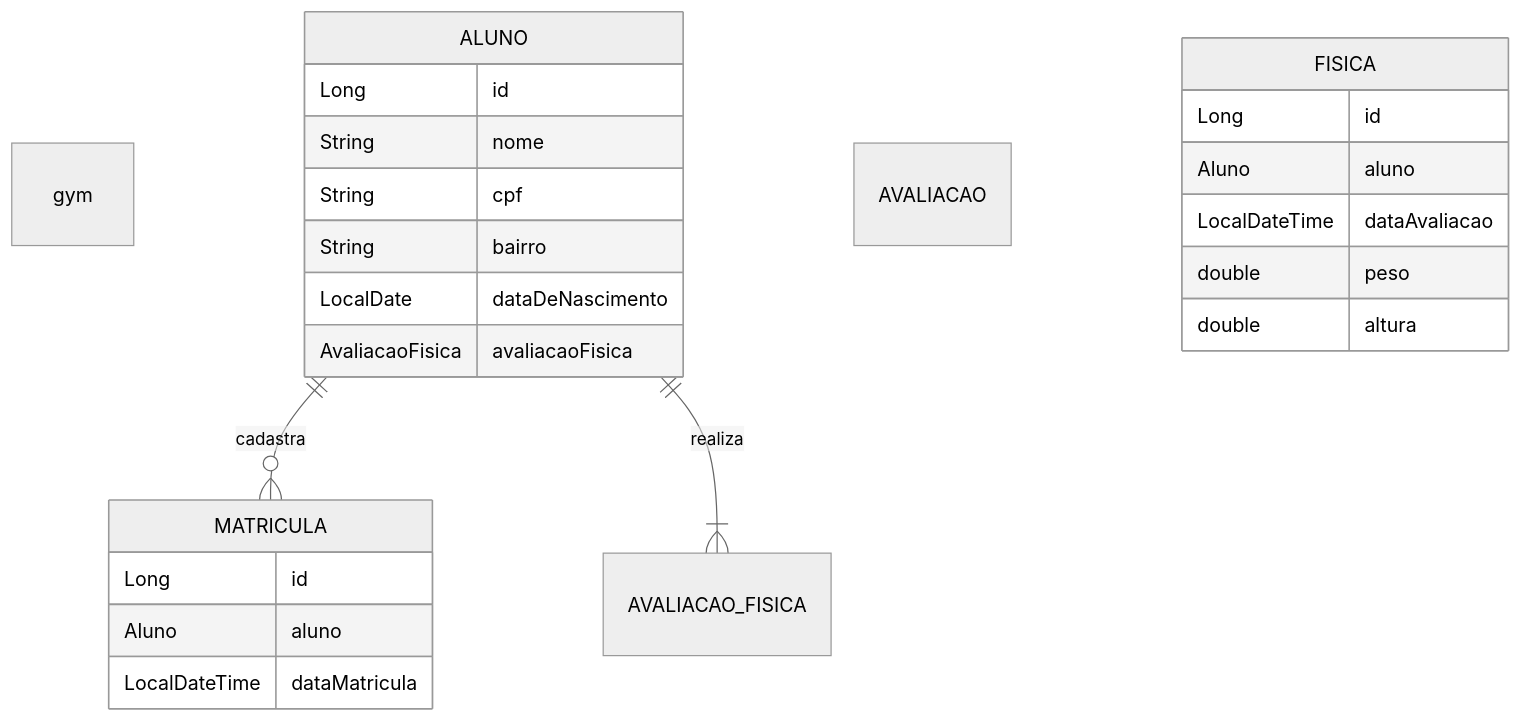
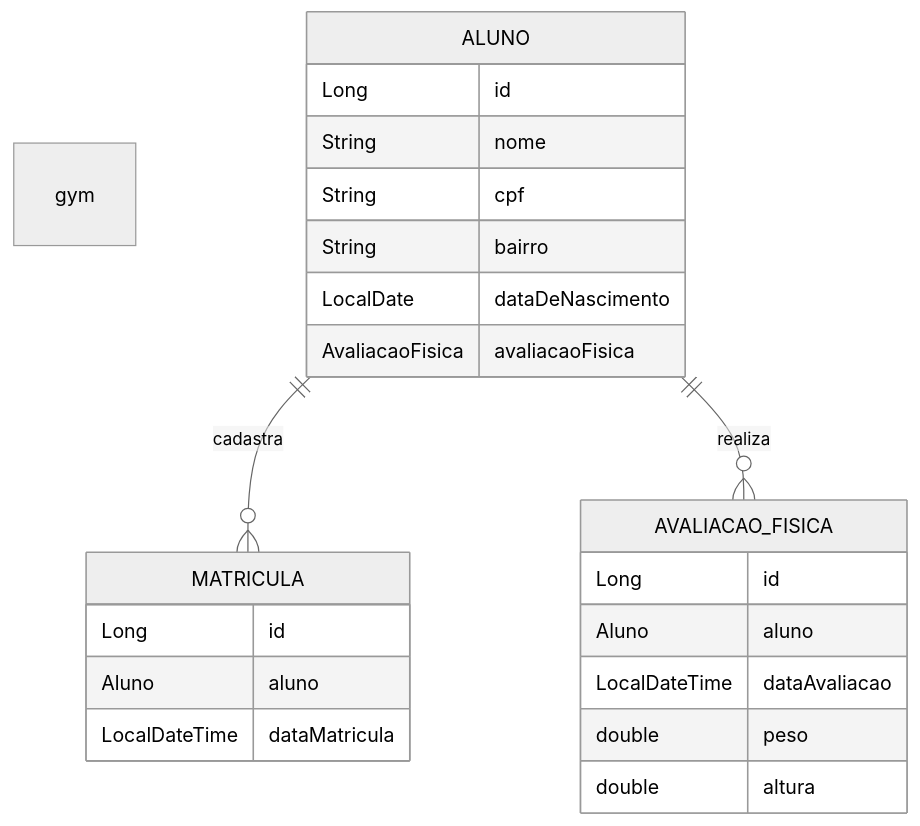
One commit to tfalc/CadimiaApp changed the diagram in README.md. Above: the diagram before and after it, drawn with Mermaid (neutral theme).

````diff
--- a/README.md
+++ b/README.md
@@ -3,28 +3,28 @@
 ```mermaid
 erDiagram gym
 
 ALUNO ||--o{ MATRICULA : cadastra
     ALUNO { 
         Long id
         String nome
         String cpf
         String bairro
         LocalDate dataDeNascimento
         AvaliacaoFisica avaliacaoFisica
 }
 
-ALUNO ||--|{ AVALIACAO_FISICA : realiza 
-    AVALIACAO FISICA{ 
+ALUNO ||--o{ AVALIACAO_FISICA : realiza 
+    AVALIACAO_FISICA { 
         Long id
         Aluno aluno
         LocalDateTime dataAvaliacao
         double peso
         double altura
  }
  
 MATRICULA {
     Long id
     Aluno aluno
     LocalDateTime dataMatricula
 }
 ```
````
